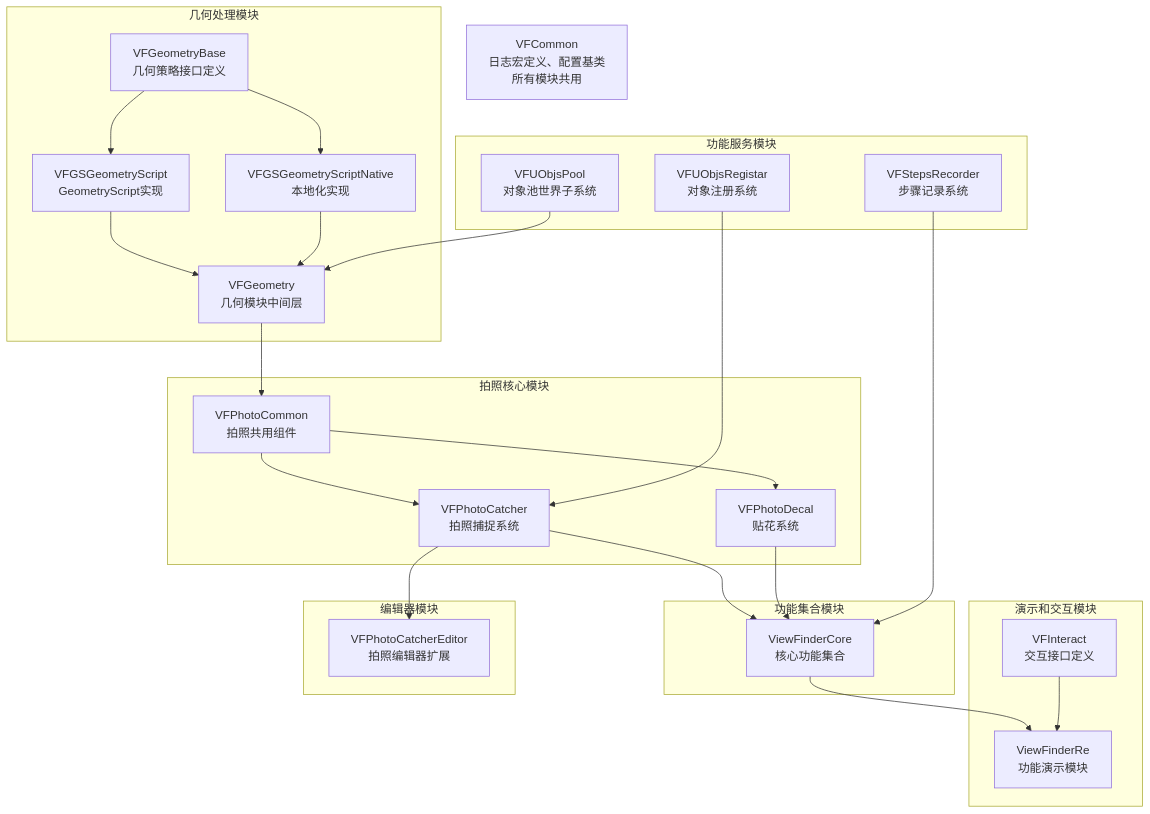
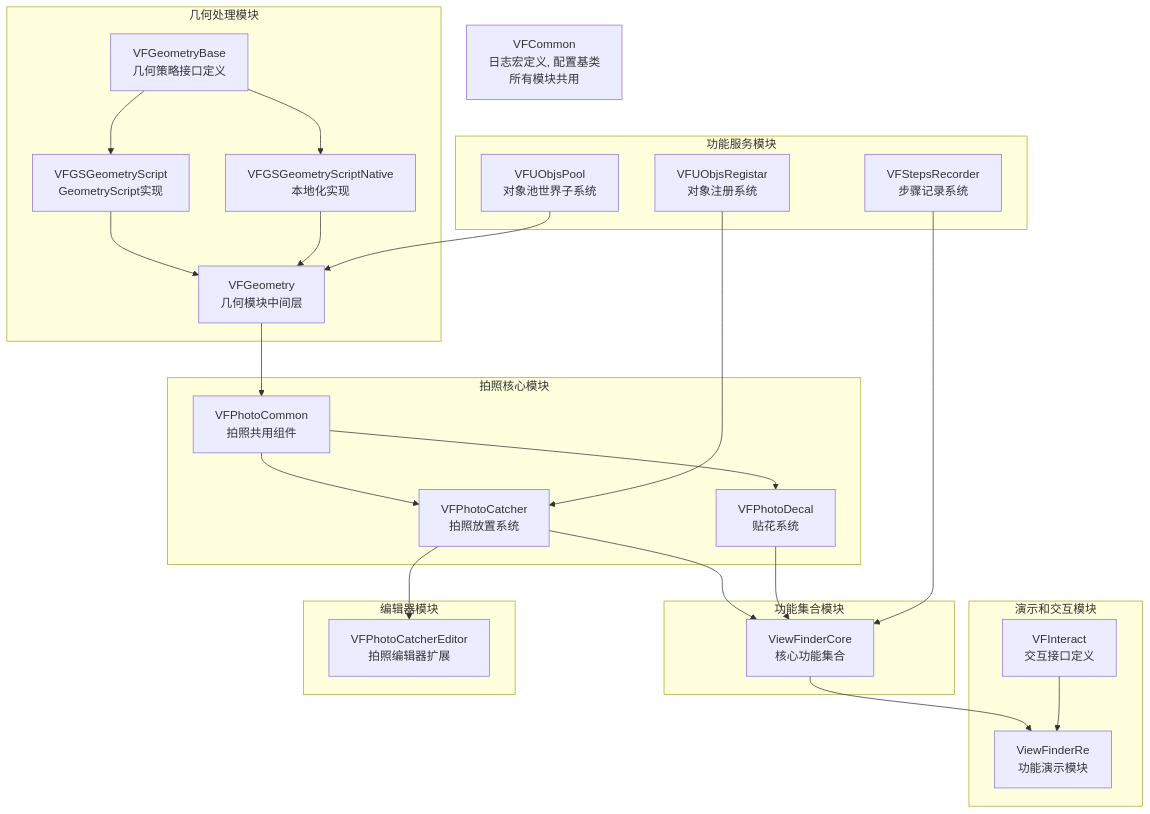
The first of 9 diagrams in README.zh.md (StrangeDS/ViewFinderRe), drawn with Mermaid before and after one commit. The commit also changed other lines of this file and 1 other file, not shown here.

````diff
--- a/README.zh.md
+++ b/README.zh.md
@@ -715,74 +860,74 @@
 ```mermaid
 graph TD
     %% 基础共用模块 - 单独标明
-    VFCommon[VFCommon<br/>日志宏定义、配置基类<br/>所有模块共用]
+    VFCommon[VFCommon<br/>日志宏定义, 配置基类<br/>所有模块共用]
 
     %% 功能服务模块
     subgraph ServiceModules [功能服务模块]
         VFUObjsPool[VFUObjsPool<br/>对象池世界子系统]
         VFUObjsRegistar[VFUObjsRegistar<br/>对象注册系统]
         VFStepsRecorder[VFStepsRecorder<br/>步骤记录系统]
     end
 
     %% 几何处理模块
     subgraph GeometryModules [几何处理模块]
         VFGeometryBase[VFGeometryBase<br/>几何策略接口定义]
         
         VFGSGeometryScript[VFGSGeometryScript<br/>GeometryScript实现]
         VFGSGeometryScriptNative[VFGSGeometryScriptNative<br/>本地化实现]
         
         VFGeometry[VFGeometry<br/>几何模块中间层]
     end
 
     %% 拍照核心模块
     subgraph PhotoCoreModules [拍照核心模块]
         VFPhotoCommon[VFPhotoCommon<br/>拍照共用组件]
-        VFPhotoCatcher[VFPhotoCatcher<br/>拍照捕捉系统]
+        VFPhotoCatcher[VFPhotoCatcher<br/>拍照放置系统]
         VFPhotoDecal[VFPhotoDecal<br/>贴花系统]
     end
 
     %% 功能集合模块
     subgraph CoreModules [功能集合模块]
         ViewFinderCore[ViewFinderCore<br/>核心功能集合]
     end
 
     %% 演示和交互模块
     subgraph DemoModules [演示和交互模块]
         VFInteract[VFInteract<br/>交互接口定义]
         ViewFinderRe[ViewFinderRe<br/>功能演示模块]
     end
 
     %% 编辑器模块
     subgraph EditorModules [编辑器模块]
         VFPhotoCatcherEditor[VFPhotoCatcherEditor<br/>拍照编辑器扩展]
     end
 
     %% 依赖关系定义
     %% 几何模块依赖链
     VFGeometryBase --> VFGSGeometryScript
     VFGeometryBase --> VFGSGeometryScriptNative
     
     VFGSGeometryScript --> VFGeometry
     VFGSGeometryScriptNative --> VFGeometry
     VFUObjsPool --> VFGeometry
 
     %% 拍照模块依赖链
     VFGeometry --> VFPhotoCommon
     
     VFPhotoCommon --> VFPhotoCatcher
     VFUObjsRegistar --> VFPhotoCatcher
     
     VFPhotoCommon --> VFPhotoDecal
 
     %% 核心功能集合
     VFPhotoCatcher --> ViewFinderCore
     VFPhotoDecal --> ViewFinderCore
     VFStepsRecorder --> ViewFinderCore
 
     %% 编辑器扩展
     VFPhotoCatcher --> VFPhotoCatcherEditor
 
     %% 演示模块依赖
     ViewFinderCore --> ViewFinderRe
     VFInteract --> ViewFinderRe
 ```
````
